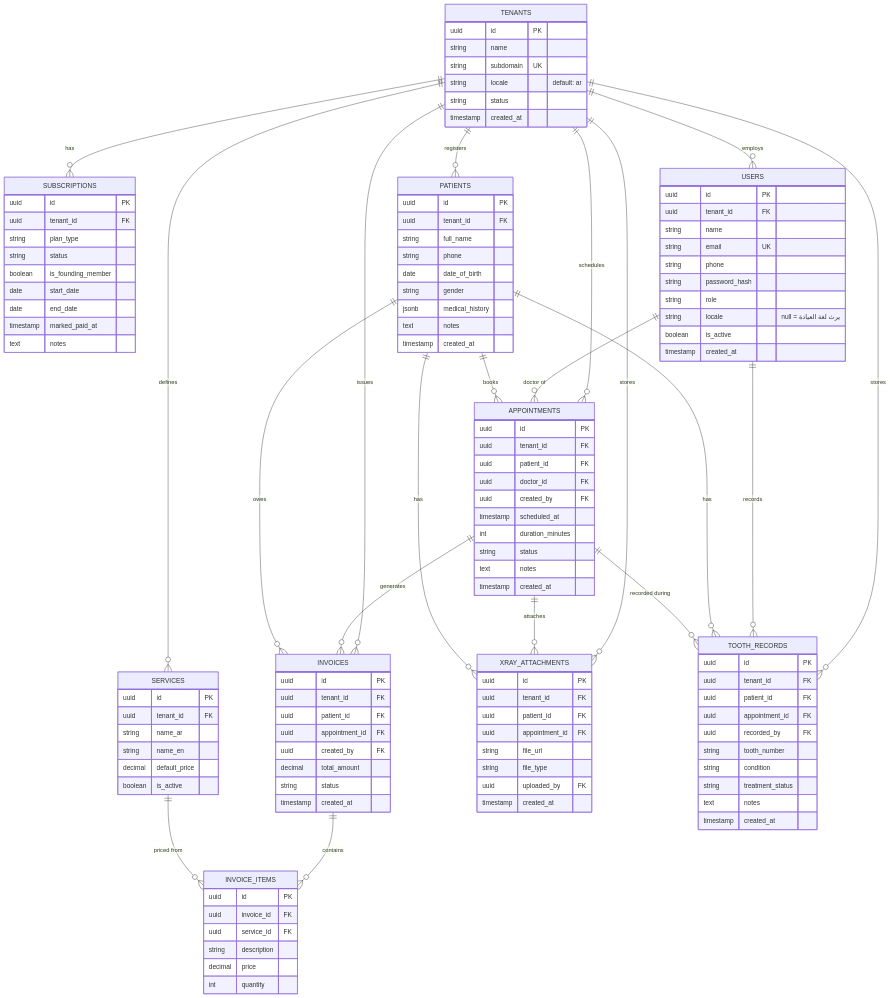
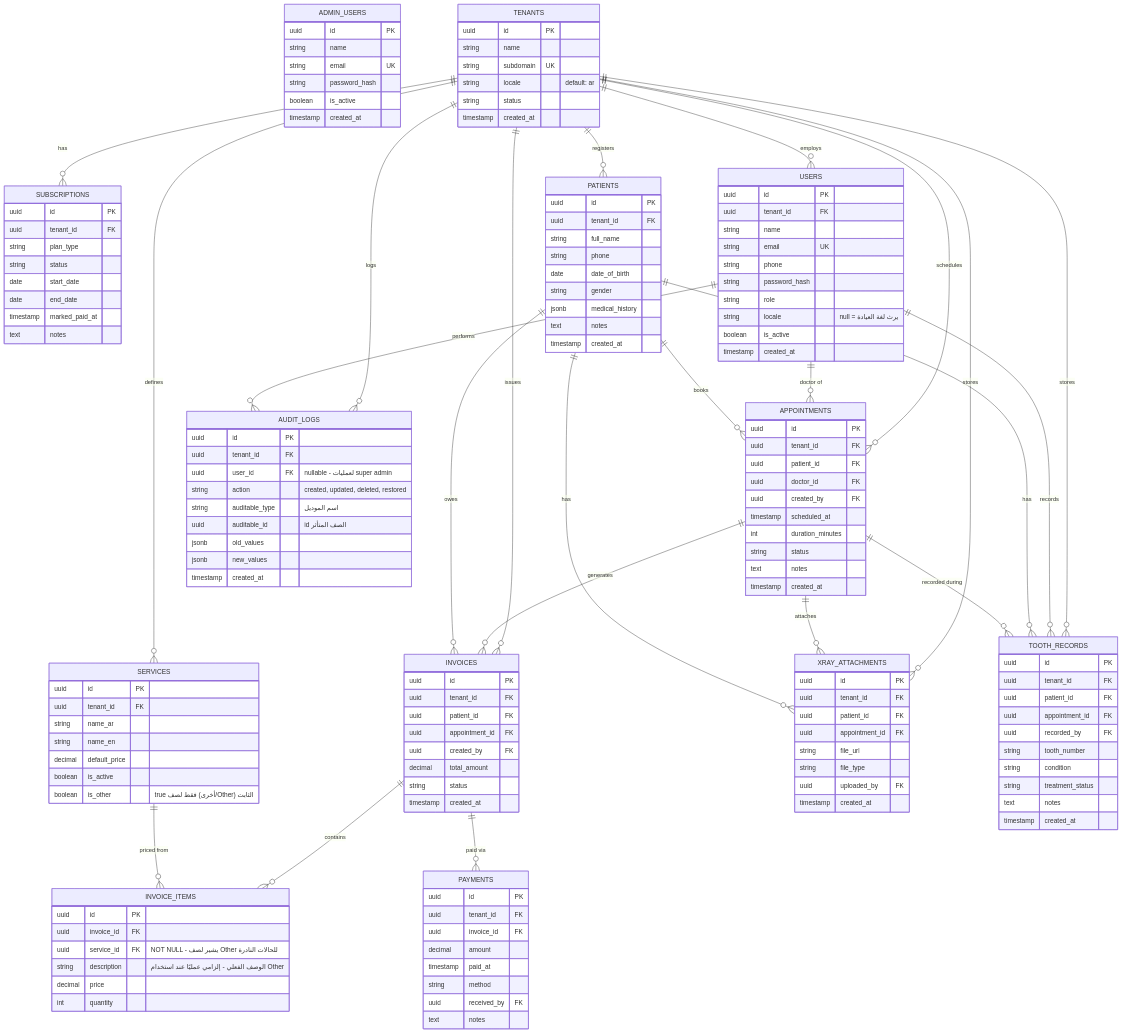
Before and after one commit to asmaamohameed/dental-saas-api: the diagram in docs/ERD.md, drawn with Mermaid. The commit also changed other lines of this file and 8 other files, not shown here.

````diff
--- a/docs/ERD.md
+++ b/docs/ERD.md
@@ -23,5 +38,13 @@
 ```mermaid
 erDiagram
+    ADMIN_USERS {
+        uuid id PK
+        string name
+        string email UK
+        string password_hash
+        boolean is_active
+        timestamp created_at
+    }
     TENANTS ||--o{ SUBSCRIPTIONS : has
     TENANTS ||--o{ USERS : employs
     TENANTS ||--o{ PATIENTS : registers
@@ -30,7 +53,9 @@
     TENANTS ||--o{ INVOICES : issues
     TENANTS ||--o{ XRAY_ATTACHMENTS : stores
     TENANTS ||--o{ TOOTH_RECORDS : stores
+    TENANTS ||--o{ AUDIT_LOGS : logs
     USERS ||--o{ APPOINTMENTS : "doctor of"
+    USERS ||--o{ AUDIT_LOGS : performs
     USERS ||--o{ TOOTH_RECORDS : records
     PATIENTS ||--o{ APPOINTMENTS : books
     PATIENTS ||--o{ TOOTH_RECORDS : has
@@ -40,6 +65,7 @@
     PATIENTS ||--o{ INVOICES : owes
     PATIENTS ||--o{ XRAY_ATTACHMENTS : has
     INVOICES ||--o{ INVOICE_ITEMS : contains
+    INVOICES ||--o{ PAYMENTS : "paid via"
     SERVICES ||--o{ INVOICE_ITEMS : "priced from"
 
     TENANTS {
@@ -55,7 +81,6 @@
         uuid tenant_id FK
         string plan_type
         string status
-        boolean is_founding_member
         date start_date
         date end_date
         timestamp marked_paid_at
@@ -115,6 +140,7 @@
         string name_en
         decimal default_price
         boolean is_active
+        boolean is_other "true فقط لصف (أخرى/Other) الثابت"
     }
     INVOICES {
         uuid id PK
@@ -129,10 +155,20 @@
     INVOICE_ITEMS {
         uuid id PK
         uuid invoice_id FK
-        uuid service_id FK
-        string description
+        uuid service_id FK "NOT NULL - يشير لصف Other للحالات النادرة"
+        string description "الوصف الفعلي - إلزامي عمليًا عند استخدام Other"
         decimal price
         int quantity
+    }
+    PAYMENTS {
+        uuid id PK
+        uuid tenant_id FK
+        uuid invoice_id FK
+        decimal amount
+        timestamp paid_at
+        string method
+        uuid received_by FK
+        text notes
     }
     XRAY_ATTACHMENTS {
         uuid id PK
@@ -144,4 +180,15 @@
         uuid uploaded_by FK
         timestamp created_at
     }
+    AUDIT_LOGS {
+        uuid id PK
+        uuid tenant_id FK
+        uuid user_id FK "nullable - لعمليات super admin"
+        string action "created, updated, deleted, restored"
+        string auditable_type "اسم الموديل"
+        uuid auditable_id "id الصف المتأثر"
+        jsonb old_values
+        jsonb new_values
+        timestamp created_at
+    }
 ```
````
